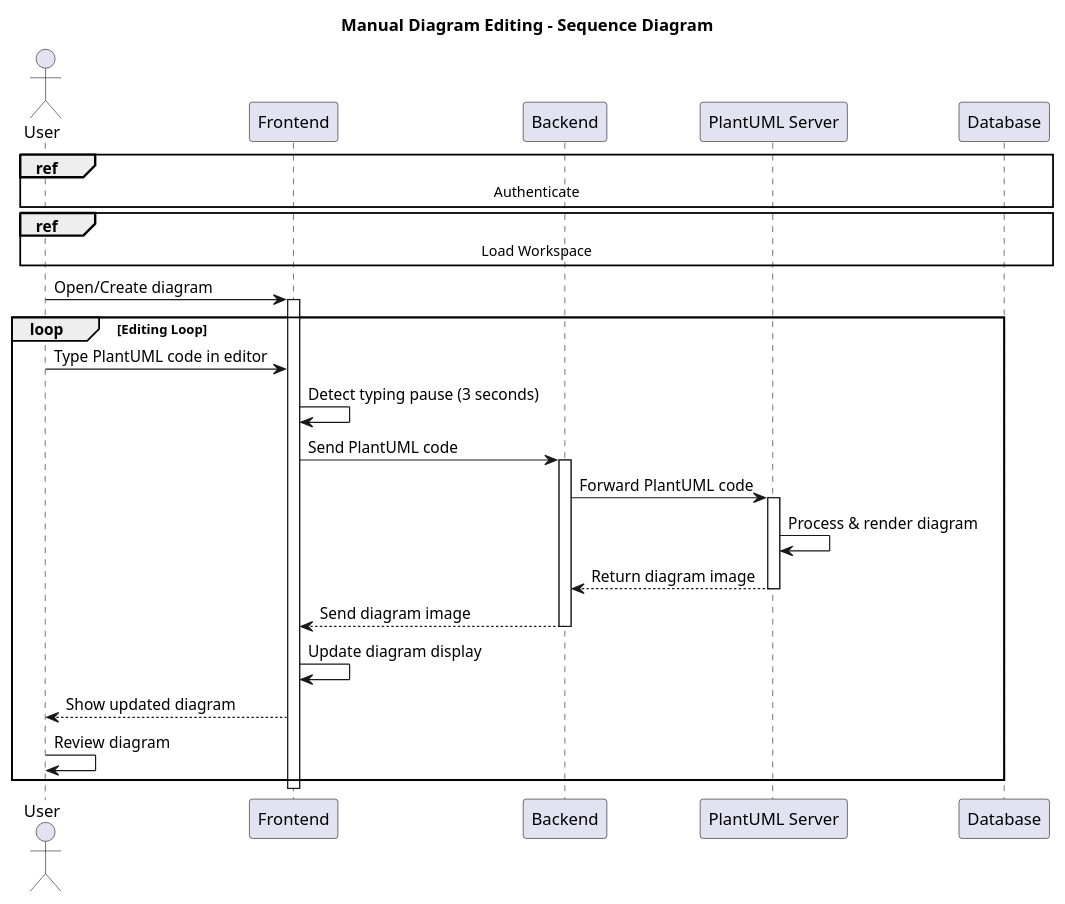
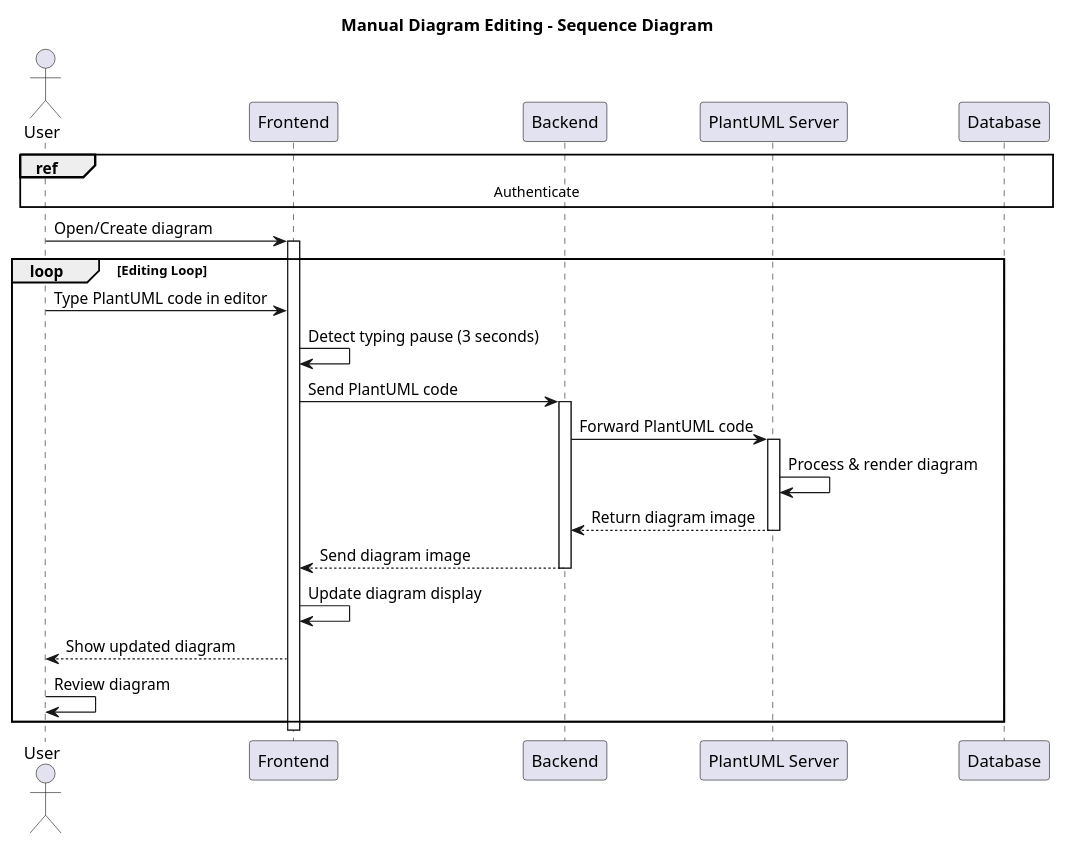
The diagram in conception/SprintIV/sequence_diagrams/sequence_workspaceManagement_5_2_EditDiagramCode.puml (souhaib-askri/report_pfe), drawn with PlantUML before and after one commit. The commit also changed 45 other files, not shown here.

```diff
--- a/conception/SprintIV/sequence_diagrams/sequence_workspaceManagement_5_2_EditDiagramCode.puml
+++ b/conception/SprintIV/sequence_diagrams/sequence_workspaceManagement_5_2_EditDiagramCode.puml
@@ -1,41 +1,41 @@
 @startuml
 title Manual Diagram Editing - Sequence Diagram
 
 actor User
 participant Frontend
 participant Backend
 participant "PlantUML Server" as PlantUML
 
 ref over User, Database: Authenticate
 
-ref over User, Database: Load Workspace
+
 
 User -> Frontend: Open/Create diagram
 activate Frontend
 
 loop Editing Loop
     User -> Frontend: Type PlantUML code in editor
     Frontend -> Frontend: Detect typing pause (3 seconds)
     
     Frontend -> Backend: Send PlantUML code
     activate Backend
     
     Backend -> PlantUML: Forward PlantUML code
     activate PlantUML
     
     PlantUML -> PlantUML: Process & render diagram
     PlantUML --> Backend: Return diagram image
     deactivate PlantUML
     
     Backend --> Frontend: Send diagram image
     deactivate Backend
     
     Frontend -> Frontend: Update diagram display
     Frontend --> User: Show updated diagram
     
     User -> User: Review diagram
 end
 
 deactivate Frontend
 
 @enduml
```
